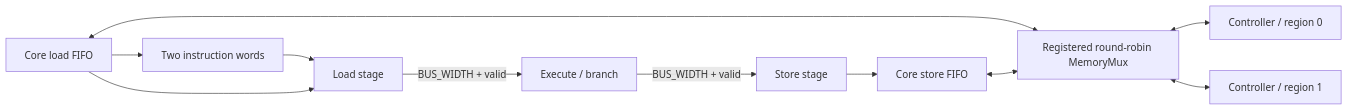
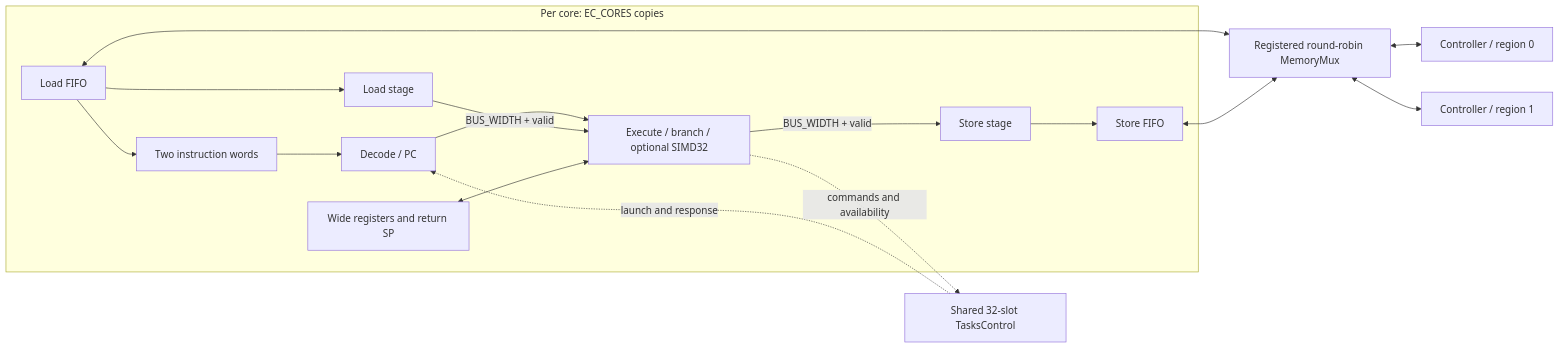
One commit to mirekez/extreme_cpu changed the diagram in doc/architecture.md. Above: the diagram before and after it, drawn with Mermaid. The commit also changed other lines of this file and 22 other files, not shown here.

Commit message:
Add optional SIMD32 instructions, compiler intrinsics, and documentation

````diff
--- a/doc/architecture.md
+++ b/doc/architecture.md
@@ -10,13 +22,19 @@
 ```mermaid
 flowchart LR
-  I[Two instruction words] --> L[Load stage]
-  L -->|BUS_WIDTH + valid| E[Execute / branch]
-  E -->|BUS_WIDTH + valid| S[Store stage]
-  LF[Core load FIFO] --> I
-  LF --> L
-  S --> SF[Core store FIFO]
+  subgraph Core["Per core: EC_CORES copies"]
+    I[Two instruction words] --> D[Decode / PC]
+    D --> E[Execute / branch / optional SIMD32]
+    L[Load stage] -->|BUS_WIDTH + valid| E
+    E -->|BUS_WIDTH + valid| S[Store stage]
+    R[Wide registers and return SP] <--> E
+    LF[Load FIFO] --> I
+    LF --> L
+    S --> SF[Store FIFO]
+  end
   LF <--> M[Registered round-robin MemoryMux]
   SF <--> M
   M <--> A[Controller / region 0]
   M <--> B[Controller / region 1]
+  E -. commands and availability .-> T[Shared 32-slot TasksControl]
+  T -. launch and response .-> D
 ```
````
